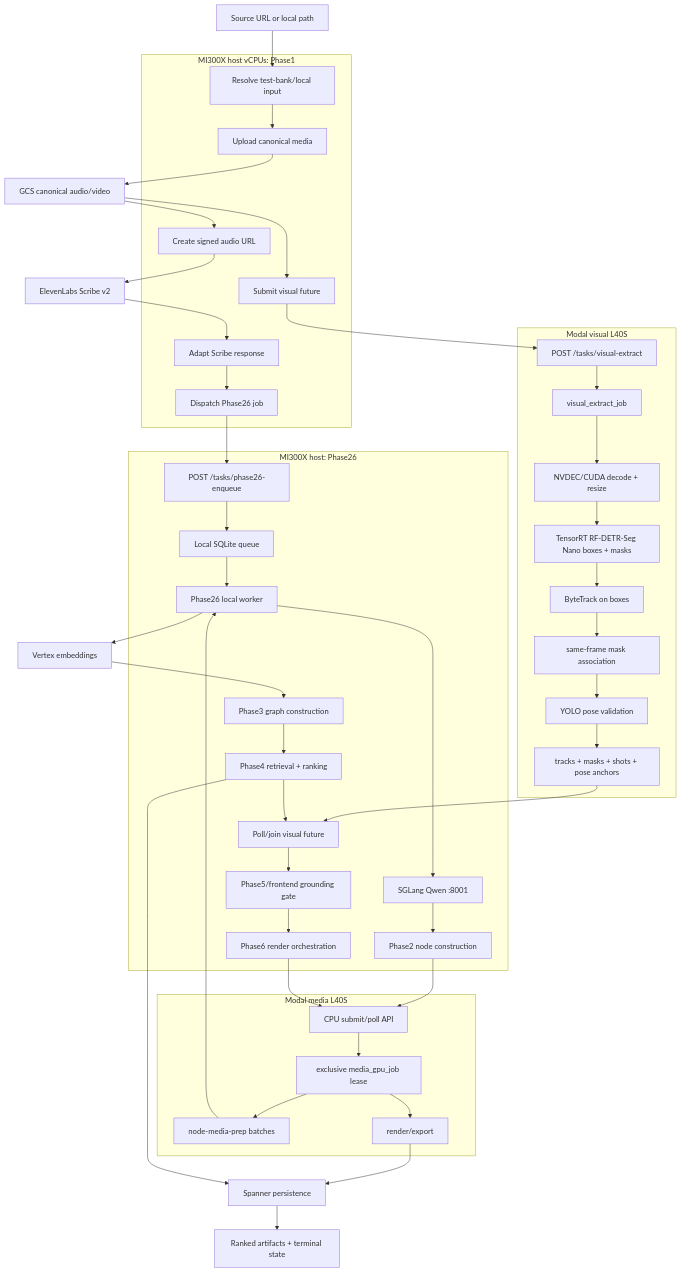
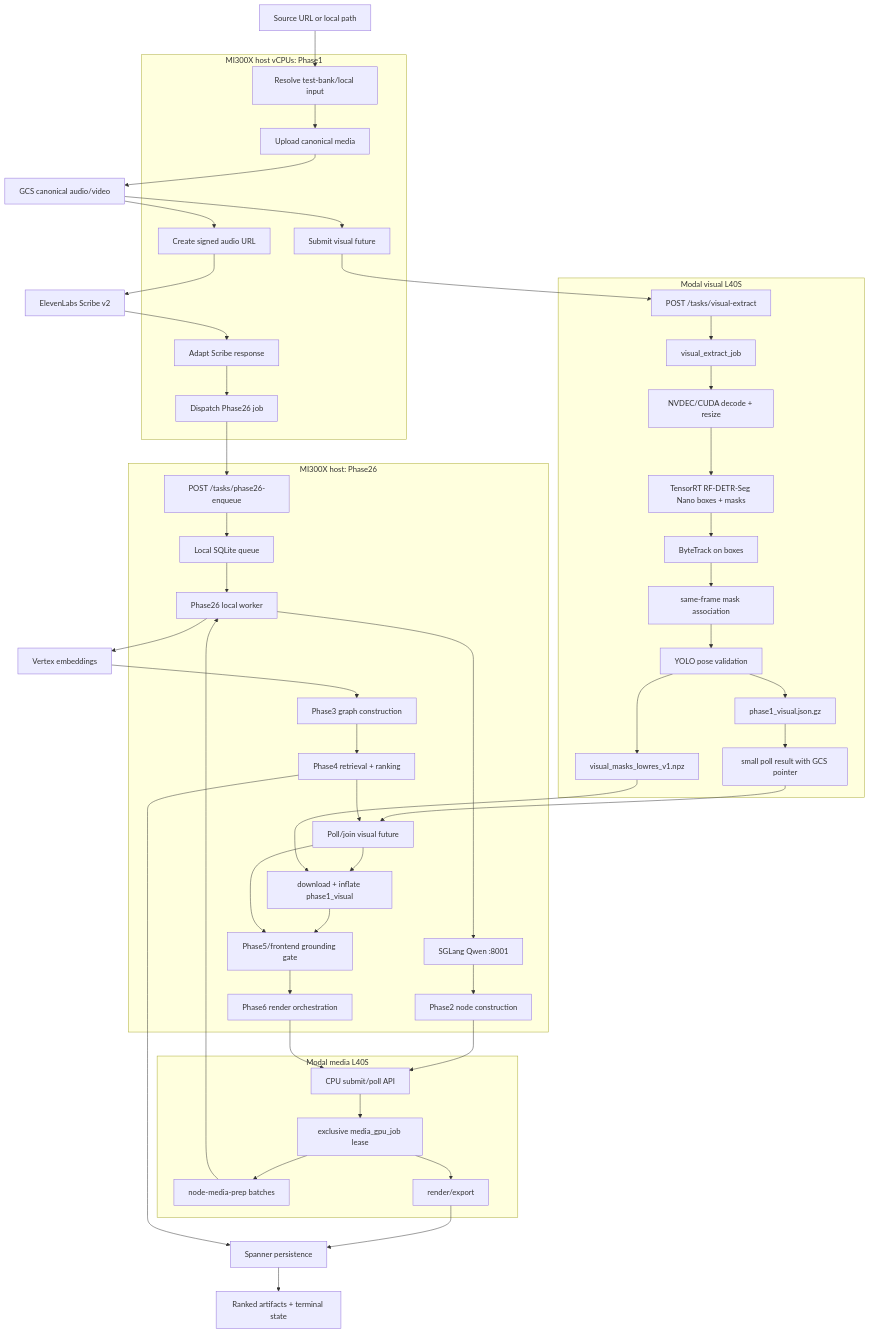
The diagram in docs/ARCHITECTURE.md (ClyptAI/Clypt-Backend), drawn with Mermaid before and after one commit. The commit also changed other lines of this file and 35 other files, not shown here.

Commit message:
Refine visual artifacts and piecewise Phase6 rendering

````diff
--- a/docs/ARCHITECTURE.md
+++ b/docs/ARCHITECTURE.md
@@ -10,63 +10,70 @@
 ```mermaid
 flowchart TD
   source["Source URL or local path"]
   gcs["GCS canonical audio/video"]
   scribe["ElevenLabs Scribe v2"]
   vertex["Vertex embeddings"]
   spanner["Spanner persistence"]
   terminal["Ranked artifacts + terminal state"]
 
   subgraph p1host["MI300X host vCPUs: Phase1"]
     ingest["Resolve test-bank/local input"]
     upload["Upload canonical media"]
     sign["Create signed audio URL"]
     submitVisual["Submit visual future"]
     adapt["Adapt Scribe response"]
     enqueue["Dispatch Phase26 job"]
   end
 
   subgraph visual["Modal visual L40S"]
     visualApi["POST /tasks/visual-extract"]
     visualJob["visual_extract_job"]
     decode["NVDEC/CUDA decode + resize"]
     detect["TensorRT RF-DETR-Seg Nano boxes + masks"]
     track["ByteTrack on boxes"]
     maskAssoc["same-frame mask association"]
     pose["YOLO pose validation"]
-    visualResult["tracks + masks + shots + pose anchors"]
+    maskArtifact["visual_masks_lowres_v1.npz"]
+    visualArtifact["phase1_visual.json.gz"]
+    visualPointer["small poll result with GCS pointer"]
   end
 
   subgraph p26["MI300X host: Phase26"]
     dispatch["POST /tasks/phase26-enqueue"]
     queue["Local SQLite queue"]
     worker["Phase26 local worker"]
     qwen["SGLang Qwen :8001"]
     phase2["Phase2 node construction"]
     visualJoin["Poll/join visual future"]
+    hydrate["download + inflate phase1_visual"]
     phase3["Phase3 graph construction"]
     phase4["Phase4 retrieval + ranking"]
     phase5["Phase5/frontend grounding gate"]
     phase6["Phase6 render orchestration"]
   end
 
   subgraph media["Modal media L40S"]
     mediaApi["CPU submit/poll API"]
     mediaLease["exclusive media_gpu_job lease"]
     nodePrep["node-media-prep batches"]
     render["render/export"]
   end
 
   source --> ingest --> upload --> gcs
   sign --> scribe --> adapt
   gcs --> sign
-  gcs --> submitVisual --> visualApi --> visualJob --> decode --> detect --> track --> maskAssoc --> pose --> visualResult
+  gcs --> submitVisual --> visualApi --> visualJob --> decode --> detect --> track --> maskAssoc --> pose
+  pose --> maskArtifact
+  pose --> visualArtifact --> visualPointer
   adapt --> enqueue --> dispatch --> queue --> worker
   worker --> qwen --> phase2
   phase2 --> mediaApi --> mediaLease --> nodePrep --> worker
   worker --> vertex --> phase3 --> phase4
-  visualResult --> visualJoin
+  visualPointer --> visualJoin --> hydrate
+  maskArtifact --> hydrate
+  hydrate --> phase5
   phase4 --> visualJoin --> phase5 --> phase6
   phase6 --> mediaApi
   mediaLease --> render --> spanner
   phase4 --> spanner --> terminal
 ```
````
